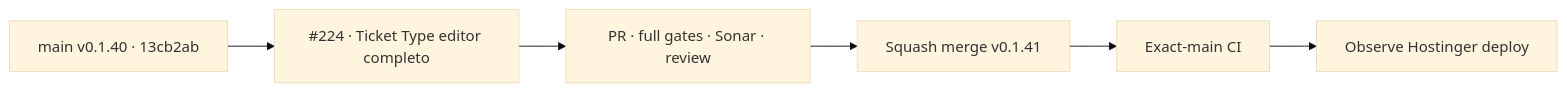
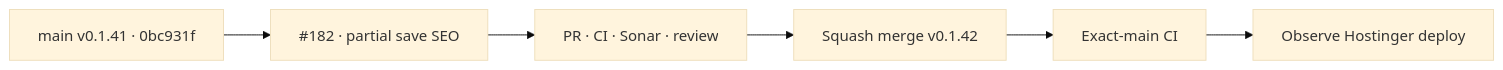
Before and after one commit to pl0n3r/brvtal: the diagram in README.md, drawn with Mermaid (base theme). The commit also changed other lines of this file and 7 other files, not shown here.

First line of the commit message:
fix(seo): preserve recoverable partial saves (v0.1.42) (#619)

````diff
--- a/README.md
+++ b/README.md
@@ -53,8 +53,8 @@
 ```mermaid
 flowchart LR
- B["main v0.1.40 · 13cb2ab"] --> T["#224 · Ticket Type editor completo"]
- T --> P["PR · full gates · Sonar · review"]
- P --> M["Squash merge v0.1.41"]
+ B["main v0.1.41 · 0bc931f"] --> S["#182 · partial save SEO"]
+ S --> P["PR · CI · Sonar · review"]
+ P --> M["Squash merge v0.1.42"]
  M --> X["Exact-main CI"]
  X --> D["Observe Hostinger deploy"]
 ```
````
